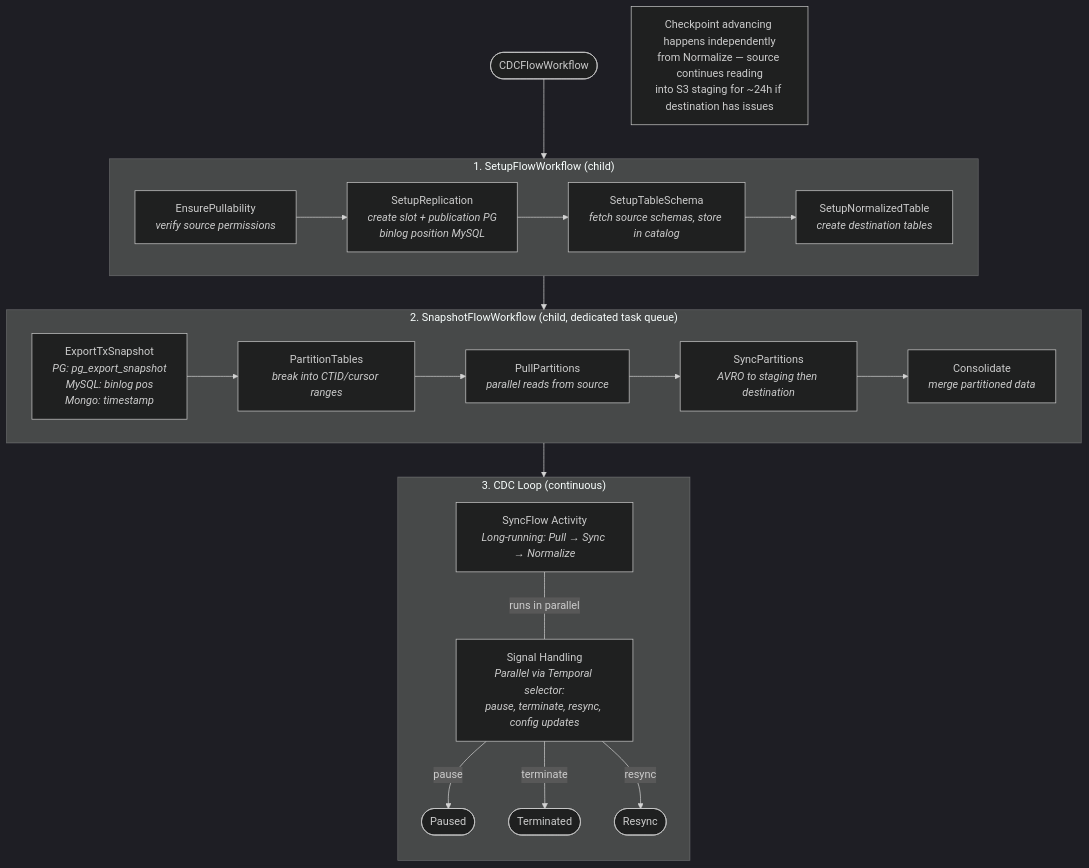
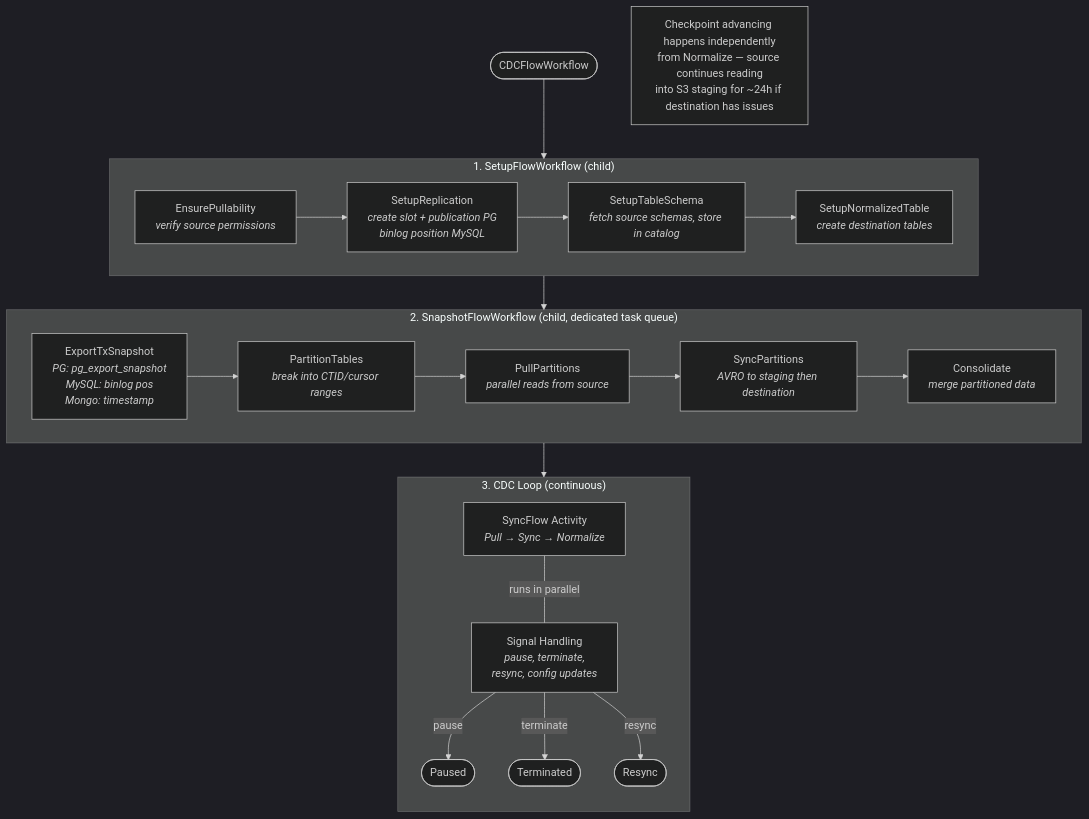
Before and after one commit to PeerDB-io/peerdb: the third of 6 diagrams in docs/peerdb-architecture.md, drawn with Mermaid (dark theme). The commit also changed other lines of this file and 2 other files, not shown here.

Commit message:
Docs: Address remaining PR #4072 review comments
- Fix truncated Mermaid nodes in CDC loop diagram (architecture.md)
- Simplify nested state diagram layout for CDC loop (deep-dive)
- Add normalization multiplexing note (one raw table to many destinations)
- Add .claude/CLAUDE.md pointing to docs/ for AI agent context

````diff
--- a/docs/peerdb-architecture.md
+++ b/docs/peerdb-architecture.md
@@ -312,37 +312,37 @@
 ```mermaid
 flowchart TD
     START([CDCFlowWorkflow]) --> SETUP
 
     subgraph SETUP["1. SetupFlowWorkflow (child)"]
         S1[EnsurePullability<br/><i>verify source permissions</i>]
         S2[SetupReplication<br/><i>create slot + publication PG<br/>binlog position MySQL</i>]
         S3[SetupTableSchema<br/><i>fetch source schemas, store in catalog</i>]
         S4[SetupNormalizedTable<br/><i>create destination tables</i>]
         S1 --> S2 --> S3 --> S4
     end
 
     SETUP --> SNAPSHOT
 
     subgraph SNAPSHOT["2. SnapshotFlowWorkflow (child, dedicated task queue)"]
         SN1[ExportTxSnapshot<br/><i>PG: pg_export_snapshot<br/>MySQL: binlog pos<br/>Mongo: timestamp</i>]
         SN2[PartitionTables<br/><i>break into CTID/cursor ranges</i>]
         SN3[PullPartitions<br/><i>parallel reads from source</i>]
         SN4[SyncPartitions<br/><i>AVRO to staging then destination</i>]
         SN5[Consolidate<br/><i>merge partitioned data</i>]
         SN1 --> SN2 --> SN3 --> SN4 --> SN5
     end
 
     SNAPSHOT --> CDC_LOOP
 
     subgraph CDC_LOOP["3. CDC Loop (continuous)"]
         direction TB
-        C1[SyncFlow Activity<br/><i>Long-running: Pull → Sync → Normalize</i>]
-        C_SIG[Signal Handling<br/><i>Parallel via Temporal selector:<br/>pause, terminate, resync, config updates</i>]
+        C1["SyncFlow Activity<br/><i>Pull → Sync → Normalize</i>"]
+        C_SIG["Signal Handling<br/><i>pause, terminate,<br/>resync, config updates</i>"]
         C1 ---|"runs in parallel"| C_SIG
         C_SIG -->|pause| PAUSED([Paused])
         C_SIG -->|terminate| TERM([Terminated])
         C_SIG -->|resync| RESYNC([Resync])
     end
 
     Note1["Checkpoint advancing happens independently<br/>from Normalize — source continues reading<br/>into S3 staging for ~24h if destination has issues"]
 ```
````
